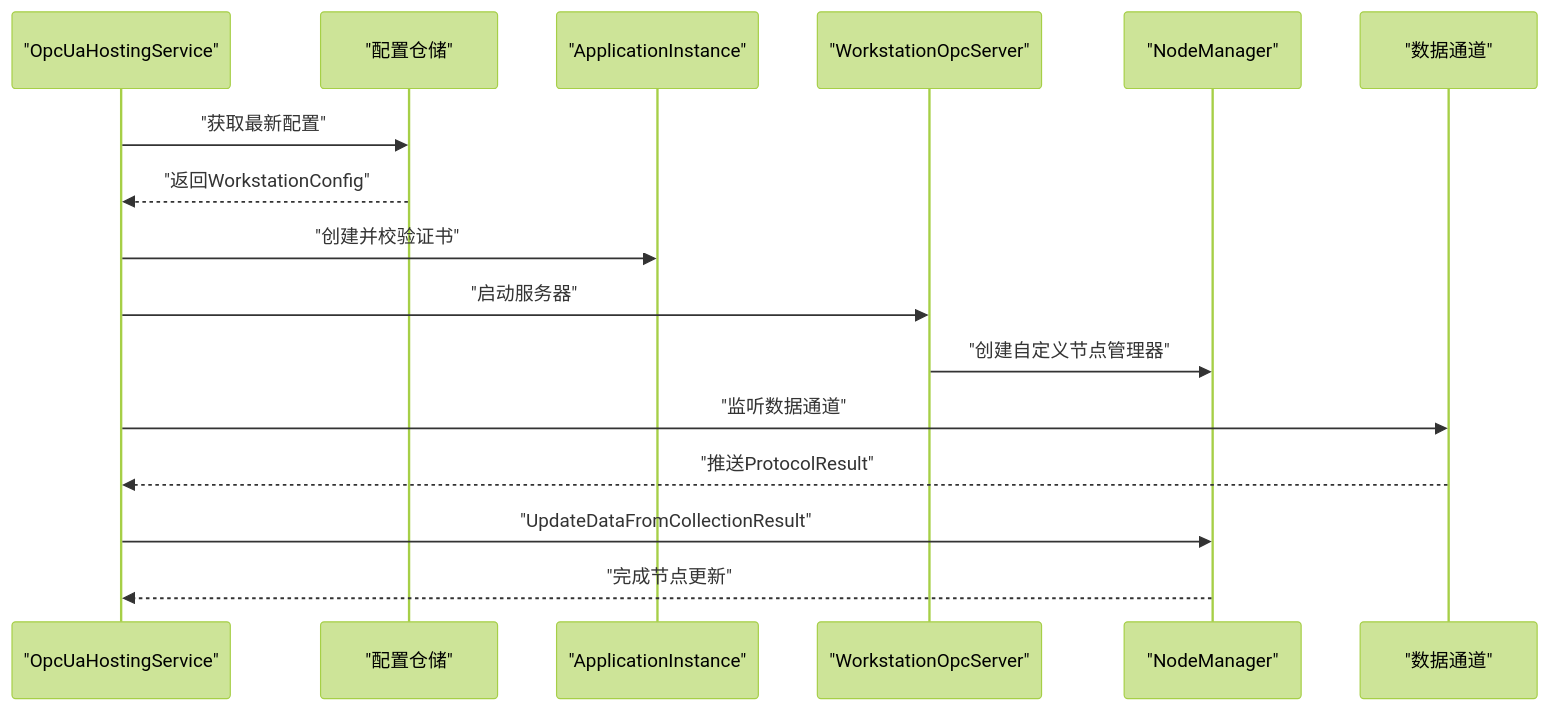
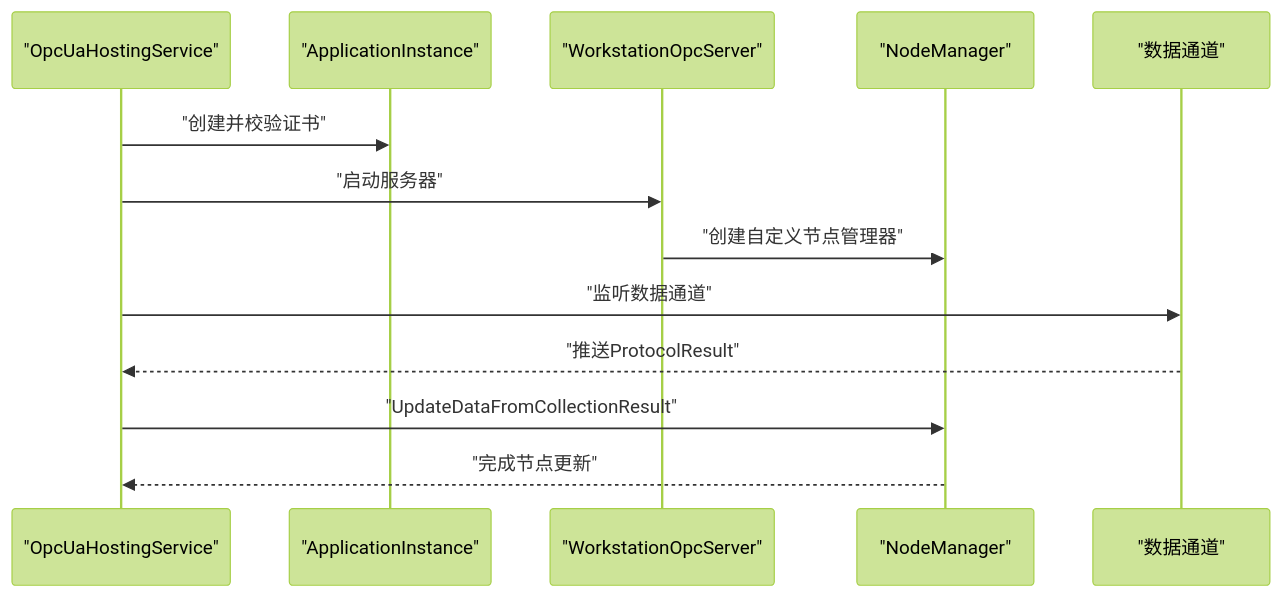
Before and after one commit to whitemousetl/IndustrialDataSolution: the sixth of 8 diagrams in .qoder/repowiki/zh/content/基础设施层.md, drawn with Mermaid (forest theme). The commit also changed other lines of this file and 18 other files, not shown here.

````diff
--- a/.qoder/repowiki/zh/content/基础设施层.md
+++ b/.qoder/repowiki/zh/content/基础设施层.md
@@ -250,18 +246,15 @@
 ```mermaid
 sequenceDiagram
 participant Host as "OpcUaHostingService"
-participant Repo as "配置仓储"
 participant App as "ApplicationInstance"
 participant Server as "WorkstationOpcServer"
 participant NM as "NodeManager"
 participant Channel as "数据通道"
-Host->>Repo : "获取最新配置"
-Repo-->>Host : "返回WorkstationConfig"
 Host->>App : "创建并校验证书"
 Host->>Server : "启动服务器"
 Server->>NM : "创建自定义节点管理器"
 Host->>Channel : "监听数据通道"
 Channel-->>Host : "推送ProtocolResult"
 Host->>NM : "UpdateDataFromCollectionResult"
 NM-->>Host : "完成节点更新"
 ```
````
